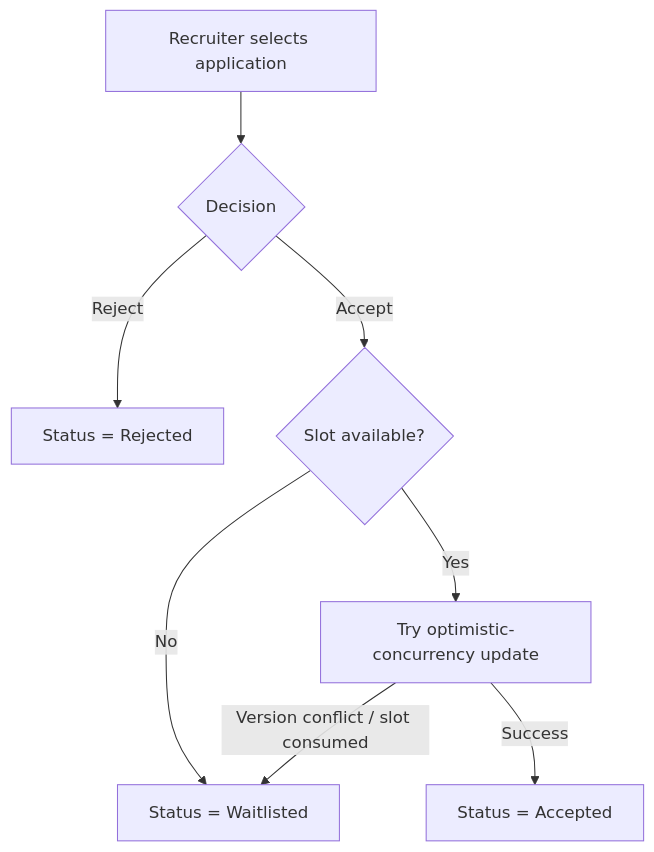
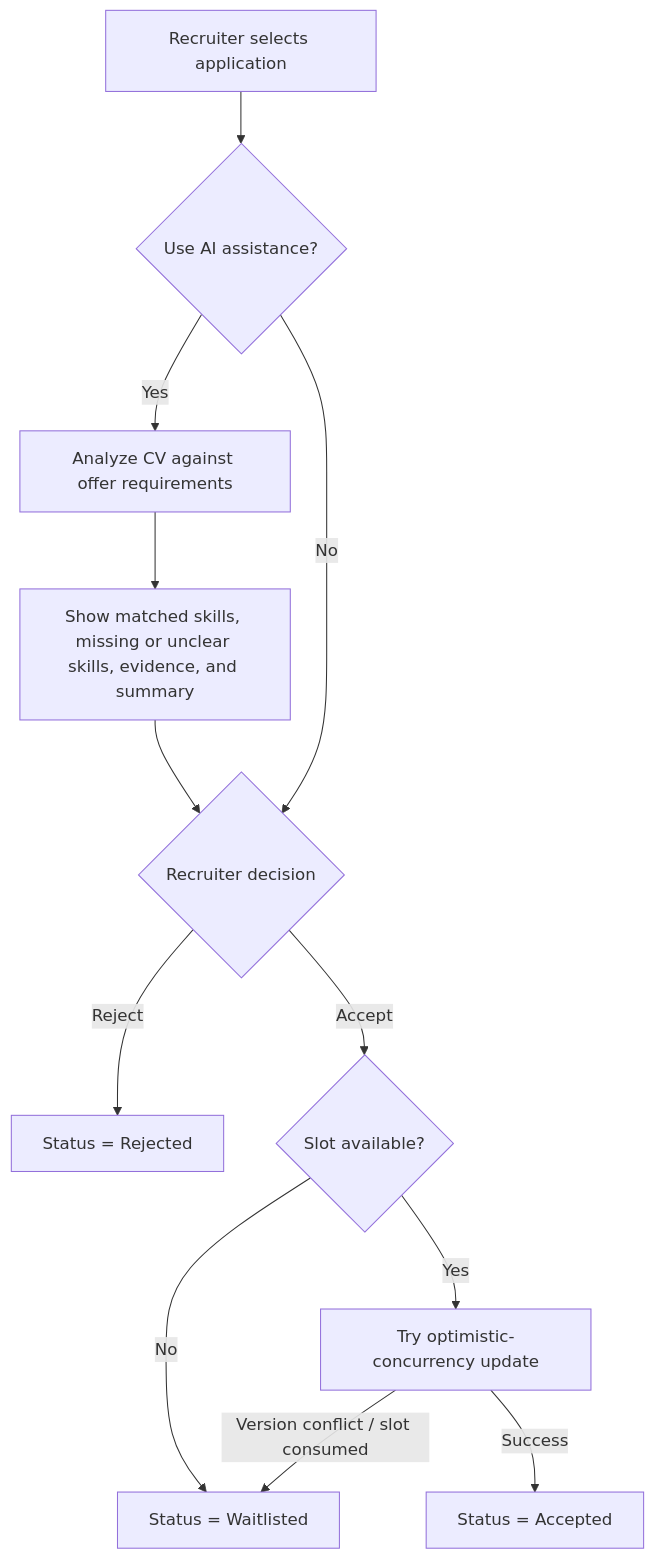
Before and after one commit to roberta34/InternHub: the sixth of 6 diagrams in README.md, drawn with Mermaid. The commit also changed other lines of this file, not shown here.

````diff
--- a/README.md
+++ b/README.md
@@ -414,10 +456,14 @@
 ```mermaid
 flowchart TD
-    A["Recruiter selects application"] --> B{"Decision"}
-    B -->|Reject| C["Status = Rejected"]
-    B -->|Accept| D{"Slot available?"}
-    D -->|No| E["Status = Waitlisted"]
-    D -->|Yes| F["Try optimistic-concurrency update"]
-    F -->|Success| G["Status = Accepted"]
-    F -->|Version conflict / slot consumed| E
+    A["Recruiter selects application"] --> B{"Use AI assistance?"}
+    B -->|Yes| C["Analyze CV against offer requirements"]
+    C --> D["Show matched skills, missing or unclear skills, evidence, and summary"]
+    D --> E{"Recruiter decision"}
+    B -->|No| E
+    E -->|Reject| F["Status = Rejected"]
+    E -->|Accept| G{"Slot available?"}
+    G -->|No| H["Status = Waitlisted"]
+    G -->|Yes| I["Try optimistic-concurrency update"]
+    I -->|Success| J["Status = Accepted"]
+    I -->|Version conflict / slot consumed| H
 ```
````
